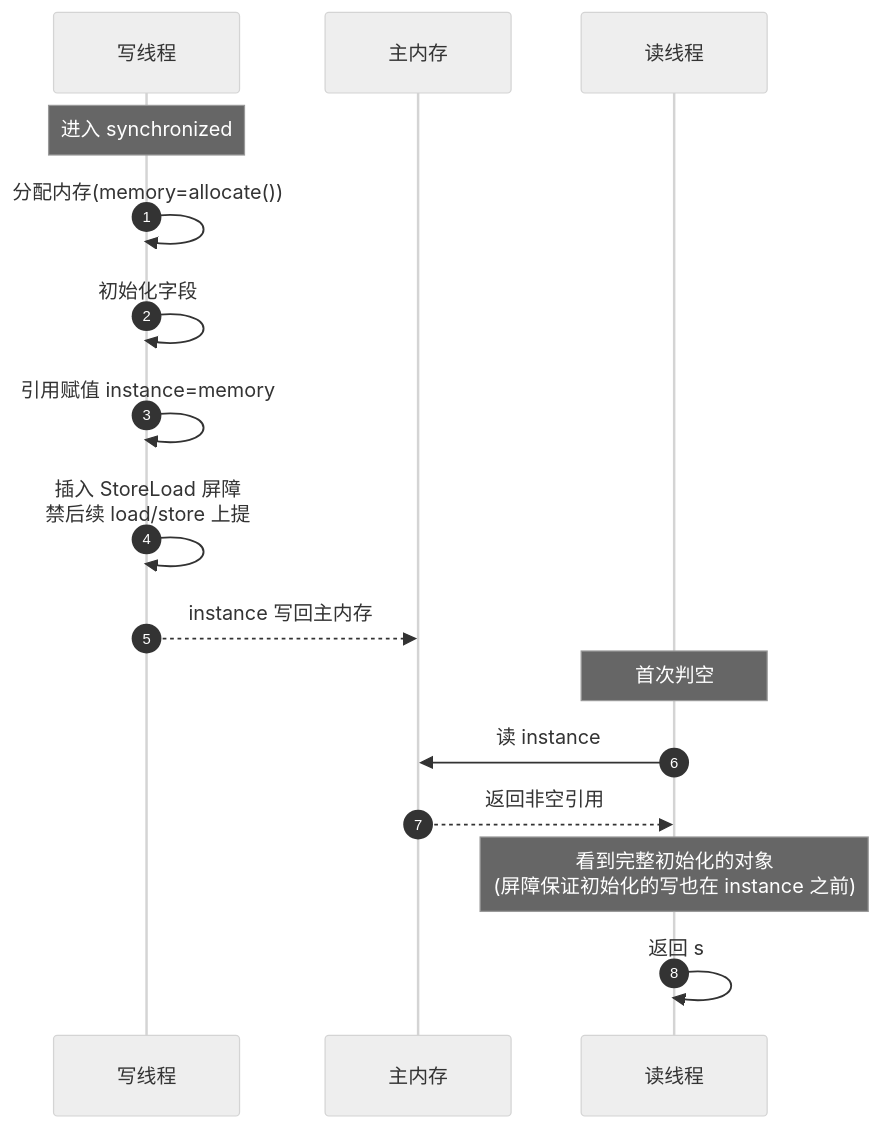
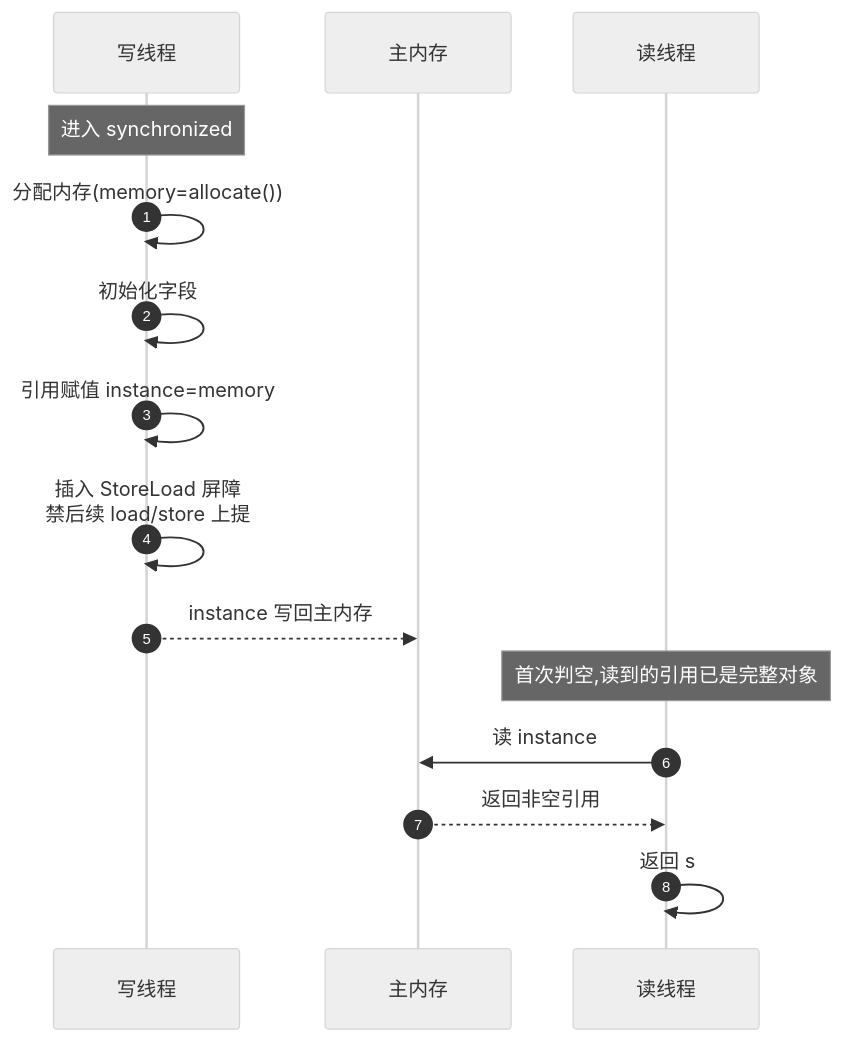
One commit to Xytheria-t/Xytheria-t.github.io changed the diagram in notes/DCL.md. Above: the diagram before and after it, drawn with Mermaid (neutral theme). The commit also changed other lines of this file and 96 other files, not shown here.

````diff
--- a/notes/DCL.md
+++ b/notes/DCL.md
@@ -33,18 +30,17 @@
 ```mermaid
 sequenceDiagram
     autonumber
     participant T1 as 写线程
     participant M as 主内存
     participant T2 as 读线程
     Note over T1: 进入 synchronized
     T1->>T1: 分配内存(memory=allocate())
     T1->>T1: 初始化字段
     T1->>T1: 引用赋值 instance=memory
     T1->>T1: 插入 StoreLoad 屏障<br/>禁后续 load/store 上提
     T1-->>M: instance 写回主内存
-    Note over T2: 首次判空
+    Note over T2: 首次判空,读到的引用已是完整对象
     T2->>M: 读 instance
     M-->>T2: 返回非空引用
-    Note over T2: 看到完整初始化的对象<br/>(屏障保证初始化的写也在 instance 之前)
     T2->>T2: 返回 s
 ```
````
